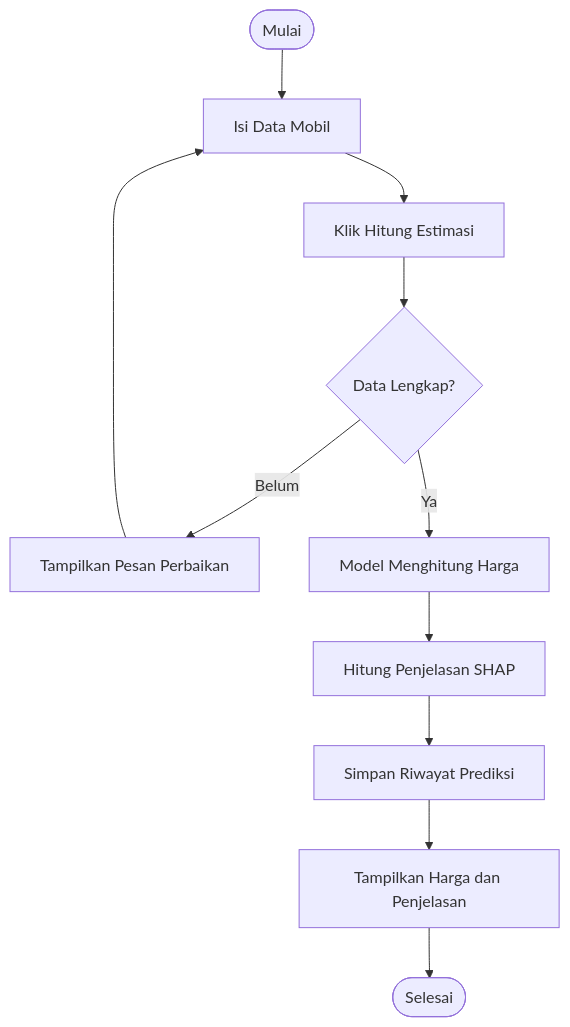
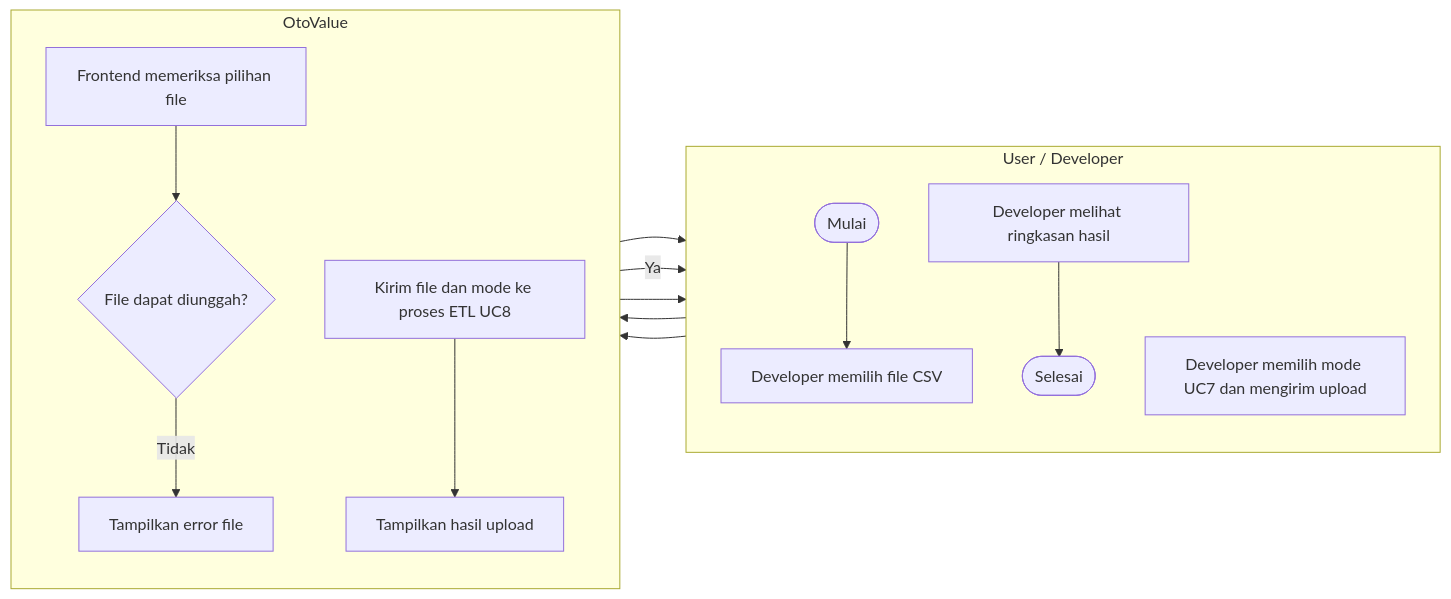
One commit to RistoKuy/XAI_Car_CP changed diagram 13 of 23 in README.md. Above: the diagram before and after it, drawn with Mermaid. The commit also changed other lines of this file and 19 other files, not shown here.

````diff
--- a/README.md
+++ b/README.md
@@ -980,13 +1108,21 @@
 ```mermaid
-flowchart TD
-    StartUser([Mulai]) --> InputData[Isi Data Mobil]
-    InputData --> SubmitForm[Klik Hitung Estimasi]
-    SubmitForm --> CekInput{Data Lengkap?}
-    CekInput -- Belum --> PesanInput[Tampilkan Pesan Perbaikan]
-    PesanInput --> InputData
-    CekInput -- Ya --> HitungHarga[Model Menghitung Harga]
-    HitungHarga --> HitungSHAP[Hitung Penjelasan SHAP]
-    HitungSHAP --> SimpanLog[Simpan Riwayat Prediksi]
-    SimpanLog --> TampilHasil[Tampilkan Harga dan Penjelasan]
-    TampilHasil --> EndUser([Selesai])
+flowchart LR
+    subgraph Actor["User / Developer"]
+        direction TB
+        A0([Mulai]) --> A1[Developer memilih file CSV]
+        A2[Developer memilih mode UC7 dan mengirim upload]
+        A3[Developer melihat ringkasan hasil]
+        A4([Selesai])
+    end
+    subgraph OtoValue["OtoValue"]
+        direction TB
+        S1[Frontend memeriksa pilihan file]
+        S2{File dapat diunggah?}
+        S3[Tampilkan error file]
+        S4[Kirim file dan mode ke proses ETL UC8]
+        S5[Tampilkan hasil upload]
+    end
+    A1 --> S1 --> S2
+    S2 -- Tidak --> S3 --> A1
+    S2 -- Ya --> A2 --> S4 --> S5 --> A3 --> A4
 ```
````
